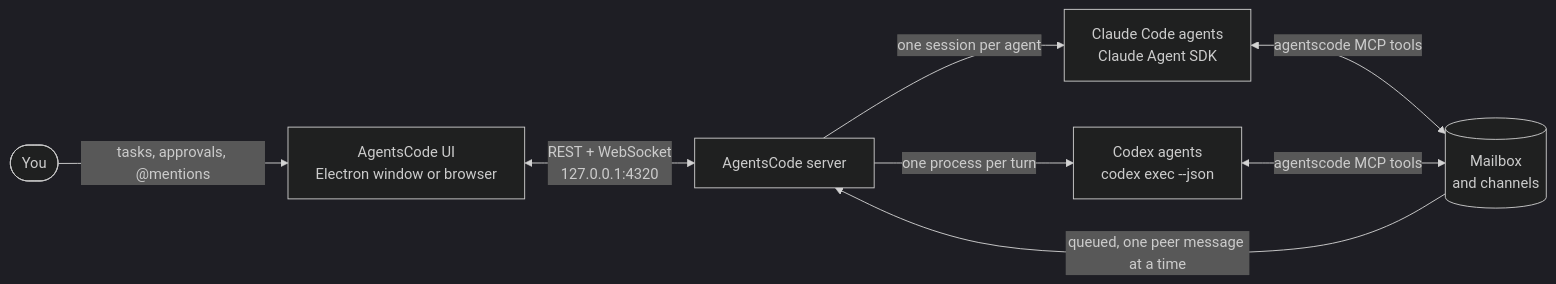
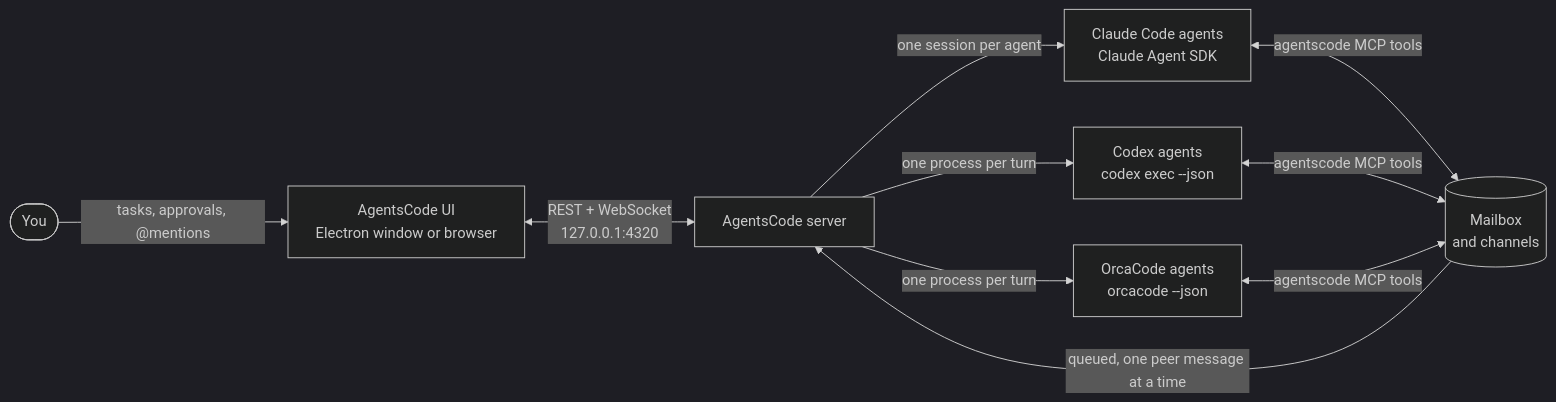
One commit to akashsokik/agentscode changed the diagram in README.md. Above: the diagram before and after it, drawn with Mermaid (dark theme). The commit also changed other lines of this file and 24 other files, not shown here.

First line of the commit message:
Add OrcaCode as a third agent engine

````diff
--- a/README.md
+++ b/README.md
@@ -201,10 +203,12 @@
 ```mermaid
 flowchart LR
     you(["You"]) -->|"tasks, approvals, @mentions"| ui["AgentsCode UI<br/>Electron window or browser"]
     ui <-->|"REST + WebSocket<br/>127.0.0.1:4320"| server["AgentsCode server"]
     server -->|"one session per agent"| claude["Claude Code agents<br/>Claude Agent SDK"]
     server -->|"one process per turn"| codex["Codex agents<br/>codex exec --json"]
     claude <-->|"agentscode MCP tools"| mail[("Mailbox<br/>and channels")]
     codex <-->|"agentscode MCP tools"| mail
+    server -->|"one process per turn"| orca["OrcaCode agents<br/>orcacode --json"]
+    orca <-->|"agentscode MCP tools"| mail
     mail -->|"queued, one peer message at a time"| server
 ```
````
